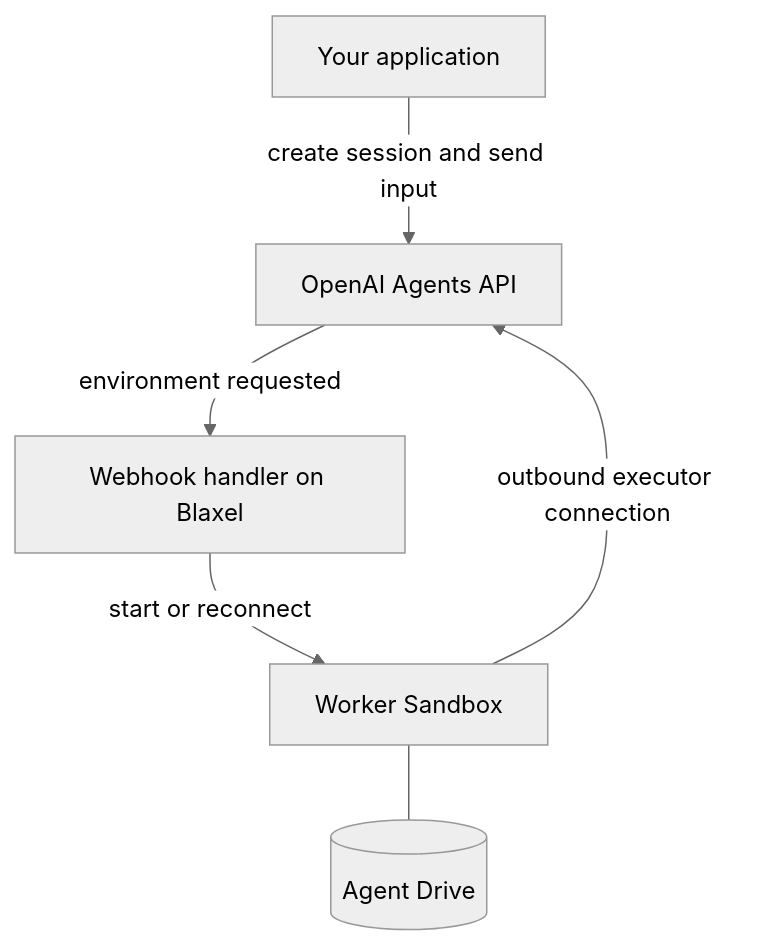
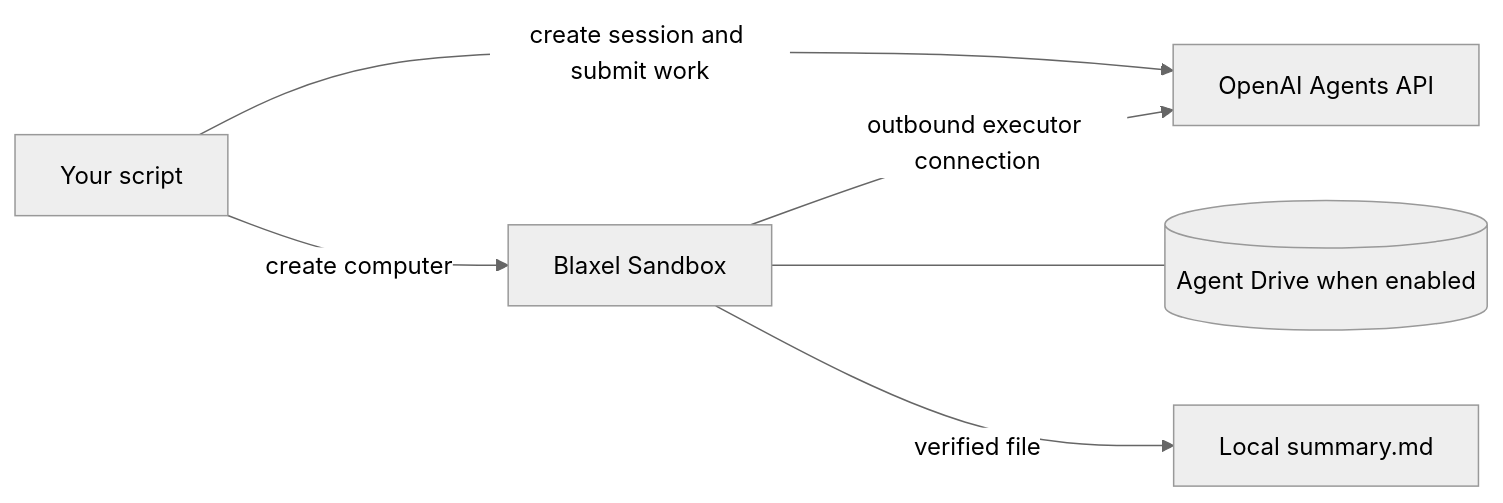
The diagram in Integrations/OpenAI-Agents-API.mdx (blaxel-ai/docs), drawn with Mermaid (neutral theme) before and after one commit. The commit also changed other lines of this file and 2 other files, not shown here.

Commit message:
Guide Agents API readers through public-beta setup and file handoff

````diff
--- a/Integrations/OpenAI-Agents-API.mdx
+++ b/Integrations/OpenAI-Agents-API.mdx
@@ -19,8 +19,8 @@
 ```mermaid actions={false}
-flowchart TD
-    App["Your application"] -->|"create session and send input"| API["OpenAI Agents API"]
-    API -->|"environment requested"| Handler["Webhook handler on Blaxel"]
-    Handler -->|"start or reconnect"| Worker["Worker Sandbox"]
+flowchart LR
+    App["Your script"] -->|"create session and submit work"| API["OpenAI Agents API"]
+    App -->|"create computer"| Worker["Blaxel Sandbox"]
     Worker -->|"outbound executor connection"| API
-    Worker --- Drive[("Agent Drive")]
+    Worker --- Drive[("Agent Drive when enabled")]
+    Worker -->|"verified file"| Output["Local summary.md"]
 ```
````
